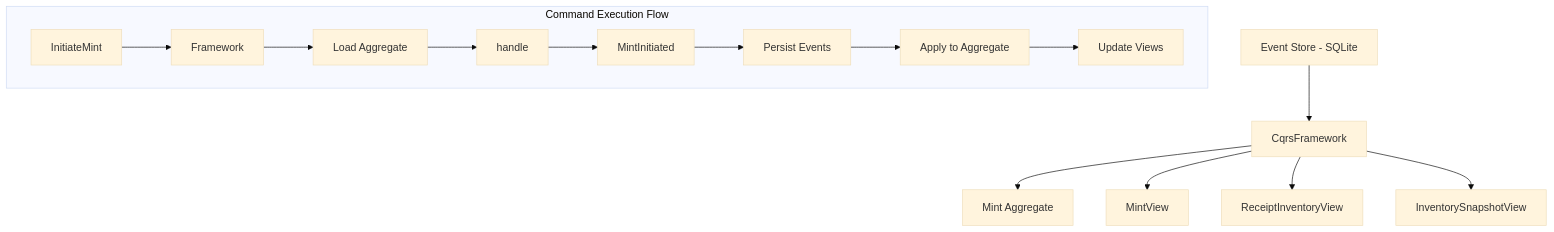
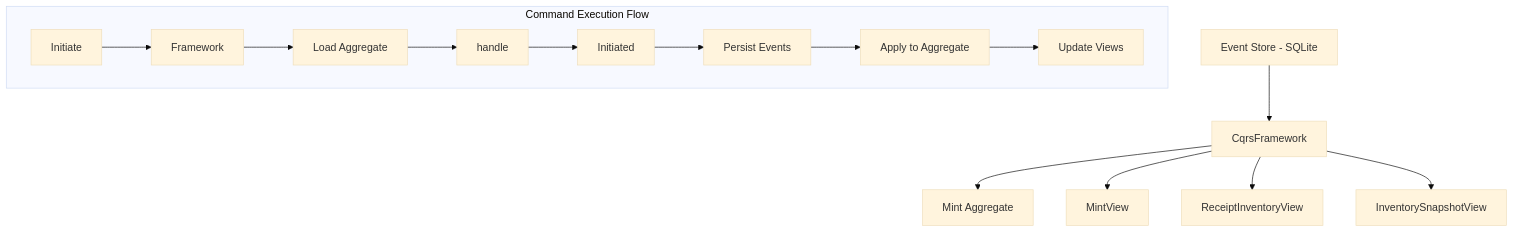
The seventh of 7 diagrams in SPEC.md (ST0x-Technology/st0x.issuance), drawn with Mermaid (base theme) before and after one commit. The commit also changed other lines of this file and 14 other files, not shown here.

````diff
--- a/SPEC.md
+++ b/SPEC.md
@@ -1575,18 +1492,18 @@
 ```mermaid
 graph TB
     ES[Event Store - SQLite] --> CQRS[CqrsFramework]
     CQRS --> MA[Mint Aggregate]
     CQRS --> MV[MintView]
     CQRS --> RIV[ReceiptInventoryView]
     CQRS --> ISV[InventorySnapshotView]
 
     subgraph "Command Execution Flow"
-        CMD[InitiateMint] --> FW[Framework]
+        CMD[Initiate] --> FW[Framework]
         FW --> LOAD[Load Aggregate]
         LOAD --> HANDLE[handle]
-        HANDLE --> EVENTS[MintInitiated]
+        HANDLE --> EVENTS[Initiated]
         EVENTS --> PERSIST[Persist Events]
         PERSIST --> APPLY[Apply to Aggregate]
         APPLY --> UPDATE[Update Views]
     end
 ```
````
